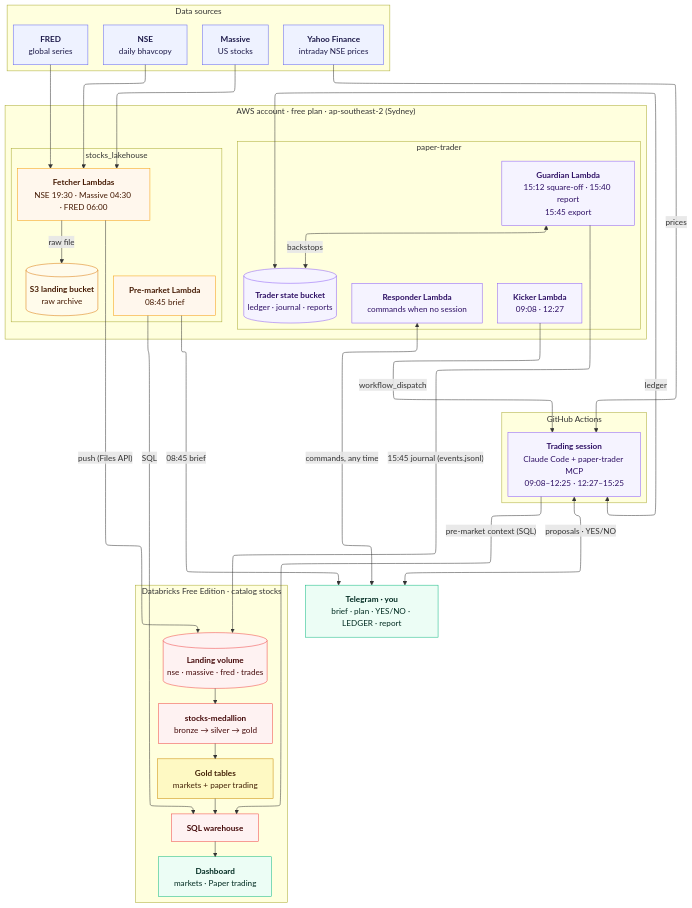
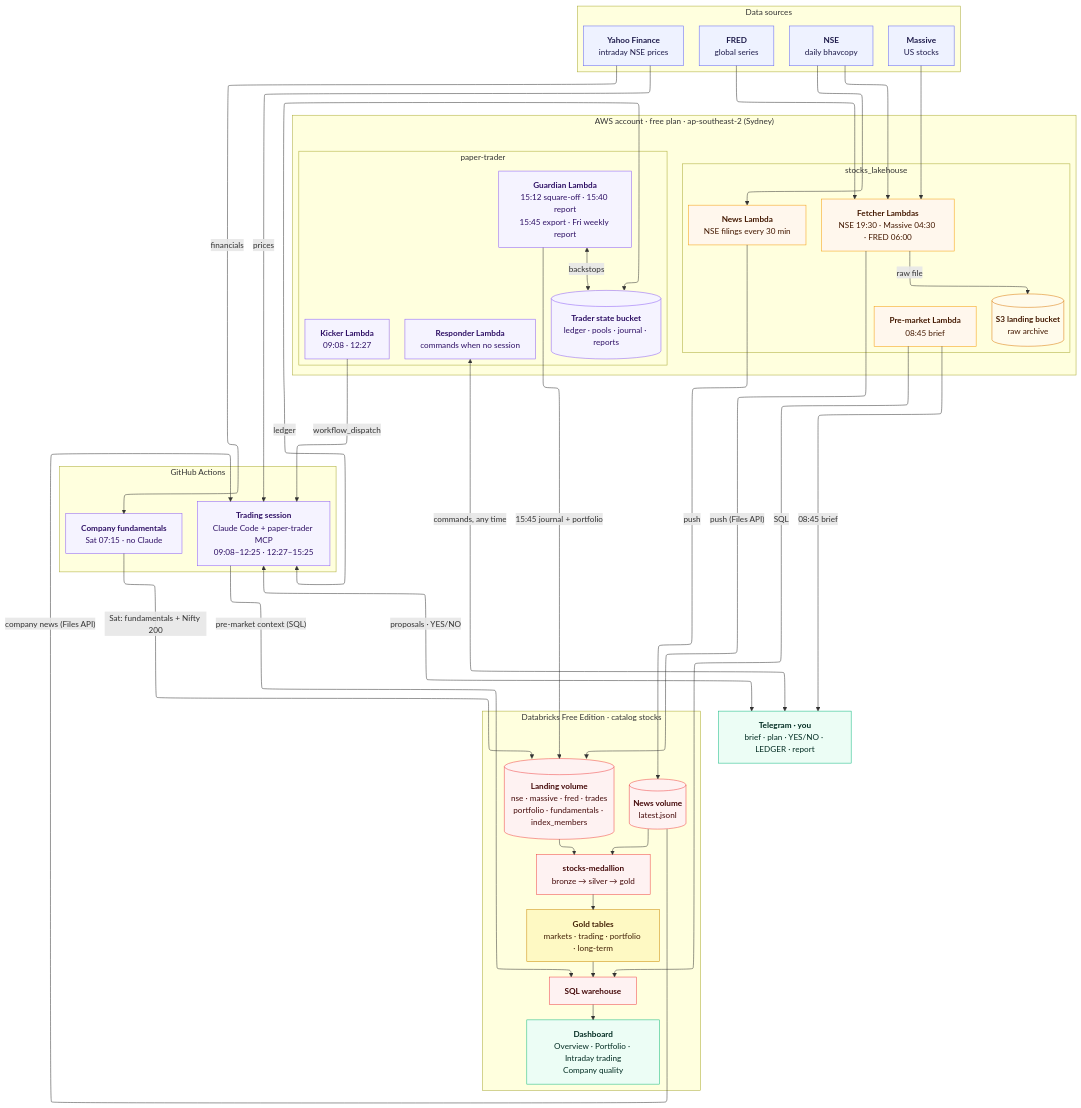
Before and after one commit to bumblebee26/stocks_lakehouse: the diagram in docs/diagrams/05_platform.mmd, drawn with Mermaid. The commit also changed 18 other files, not shown here.

First line of the commit message:
Docs: news, portfolio, fundamentals and long-term tables in diagrams and docs; dashboard summaries and SQL check

```diff
--- a/docs/diagrams/05_platform.mmd
+++ b/docs/diagrams/05_platform.mmd
@@ -1,81 +1,90 @@
 ---
 config:
   layout: elk
   elk:
     mergeEdges: false
     nodePlacementStrategy: NETWORK_SIMPLEX
 ---
 %% Shared platform view: stocks_lakehouse + paper-trader.
 %% The same file lives in bumblebee26/paper-trader as docs/diagrams/01_platform.mmd; keep them identical.
 %% Secrets (SSM) and deployments (CI/CD) are left out on purpose: see 04_cicd and the security tables.
 flowchart TB
     subgraph SRC["Data sources"]
         direction LR
         NSE["<b>NSE</b><br/>daily bhavcopy"]
         MAS["<b>Massive</b><br/>US stocks"]
         FRED["<b>FRED</b><br/>global series"]
         YF["<b>Yahoo Finance</b><br/>intraday NSE prices"]
     end
 
     subgraph AWS["AWS account · free plan · ap-southeast-2 (Sydney)"]
         direction LR
         subgraph LHA["stocks_lakehouse"]
             direction TB
             FET["<b>Fetcher Lambdas</b><br/>NSE 19:30 · Massive 04:30 · FRED 06:00"]
             S3L[("<b>S3 landing bucket</b><br/>raw archive")]
             PM["<b>Pre-market Lambda</b><br/>08:45 brief"]
+            NEWS["<b>News Lambda</b><br/>NSE filings every 30 min"]
         end
         subgraph PTA["paper-trader"]
             direction TB
             KICK["<b>Kicker Lambda</b><br/>09:08 · 12:27"]
-            GUARD["<b>Guardian Lambda</b><br/>15:12 square-off · 15:40 report<br/>15:45 export"]
-            S3T[("<b>Trader state bucket</b><br/>ledger · journal · reports")]
+            GUARD["<b>Guardian Lambda</b><br/>15:12 square-off · 15:40 report<br/>15:45 export · Fri weekly report"]
+            S3T[("<b>Trader state bucket</b><br/>ledger · pools · journal · reports")]
             RESP["<b>Responder Lambda</b><br/>commands when no session"]
         end
     end
 
     subgraph GHA["GitHub Actions"]
         direction TB
         SESS["<b>Trading session</b><br/>Claude Code + paper-trader MCP<br/>09:08–12:25 · 12:27–15:25"]
+        FUND["<b>Company fundamentals</b><br/>Sat 07:15 · no Claude"]
     end
 
     subgraph DBX["Databricks Free Edition · catalog stocks"]
         direction TB
-        VOL[("<b>Landing volume</b><br/>nse · massive · fred · trades")]
+        VOL[("<b>Landing volume</b><br/>nse · massive · fred · trades<br/>portfolio · fundamentals · index_members")]
+        NVOL[("<b>News volume</b><br/>latest.jsonl")]
         PIPE["<b>stocks-medallion</b><br/>bronze → silver → gold"]
-        GOLD["<b>Gold tables</b><br/>markets + paper trading"]
+        GOLD["<b>Gold tables</b><br/>markets · trading · portfolio · long-term"]
         WH["<b>SQL warehouse</b>"]
-        DASH["<b>Dashboard</b><br/>markets · Paper trading"]
+        DASH["<b>Dashboard</b><br/>Overview · Portfolio · Intraday trading<br/>Company quality"]
         VOL --> PIPE --> GOLD --> WH --> DASH
+        NVOL --> PIPE
     end
 
     TG["<b>Telegram · you</b><br/>brief · plan · YES/NO · LEDGER · report"]
 
     NSE & MAS & FRED --> FET
     FET -- "raw file" --> S3L
     FET -- "push (Files API)" --> VOL
+    NSE --> NEWS
+    NEWS -- "push" --> NVOL
     PM -- "SQL" --> WH
     PM -- "08:45 brief" --> TG
     KICK -- "workflow_dispatch" --> SESS
     SESS -- "pre-market context (SQL)" --> WH
     YF -- "prices" --> SESS
+    NVOL -- "company news (Files API)" --> SESS
+    YF -- "financials" --> FUND
+    FUND -- "Sat: fundamentals + Nifty 200" --> VOL
     SESS <-- "ledger" --> S3T
     SESS <-- "proposals · YES/NO" --> TG
     GUARD <-- "backstops" --> S3T
-    GUARD -- "15:45 journal (events.jsonl)" --> VOL
+    GUARD -- "15:45 journal + portfolio" --> VOL
     RESP <-- "commands, any time" --> TG
 
     classDef ext fill:#eef2ff,stroke:#6366f1,color:#1e1b4b
     classDef aws fill:#fff7ed,stroke:#f59e0b,color:#451a03
     classDef store fill:#fffbeb,stroke:#d97706,color:#451a03
     classDef trader fill:#f5f3ff,stroke:#8b5cf6,color:#2e1065
     classDef dbx fill:#fef2f2,stroke:#ef4444,color:#450a0a
     classDef gold fill:#fef9c3,stroke:#ca8a04,color:#422006
     classDef out fill:#ecfdf5,stroke:#10b981,color:#022c22
     class NSE,MAS,FRED,YF ext
-    class FET,PM aws
+    class FET,PM,NEWS aws
     class S3L store
-    class KICK,GUARD,S3T,SESS,RESP trader
-    class VOL,PIPE,WH dbx
+    class KICK,GUARD,S3T,SESS,RESP,FUND trader
+    class VOL,NVOL,PIPE,WH dbx
     class GOLD gold
     class DASH,TG out
```
